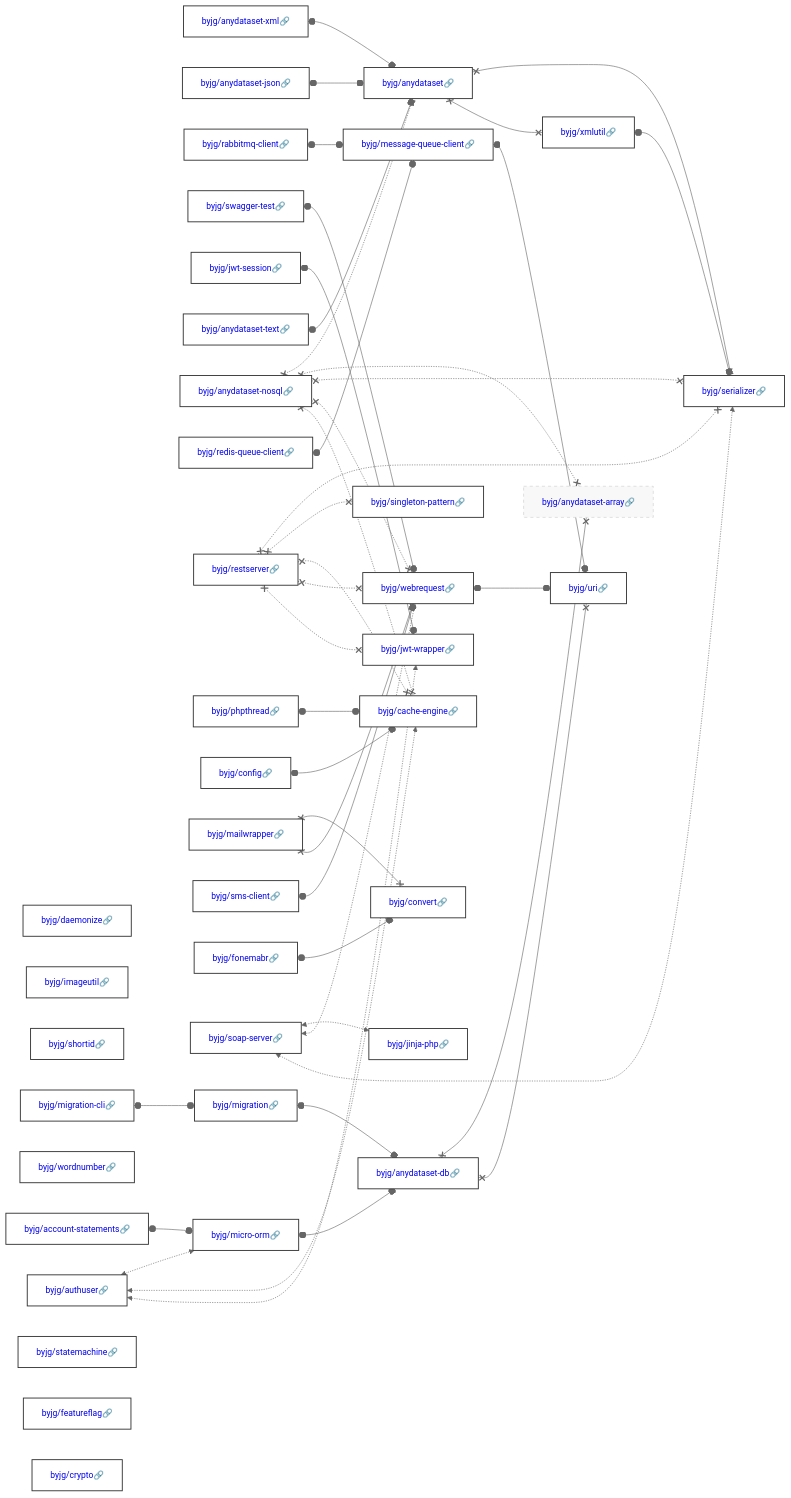
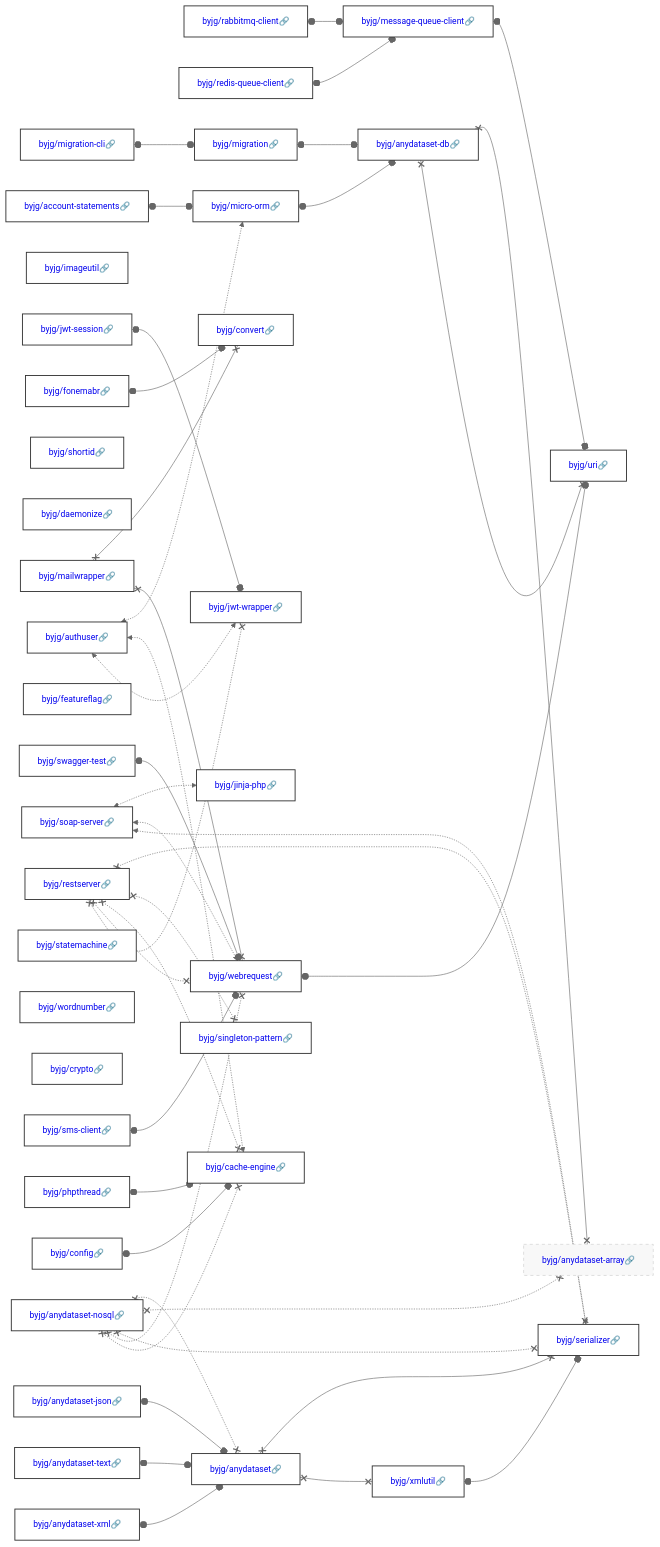
One commit to byjg/byjg.github.io changed the diagram in docs/php/README.md. Above: the diagram before and after it, drawn with Mermaid (neutral theme). The commit also changed other lines of this file and 2 other files, not shown here.

Commit message:
Update documentation 'php' 'php-message-queue-client'

````diff
--- a/docs/php/README.md
+++ b/docs/php/README.md
@@ -3,45 +3,45 @@
 ```mermaid
 graph LR;
+  byjg/authuser[<a href='https://opensource.byjg.com/docs/php/authuser' style='text-decoration:none'>byjg/authuser🔗</a>];
+  byjg/soap-server[<a href='https://opensource.byjg.com/docs/php/soap-server' style='text-decoration:none'>byjg/soap-server🔗</a>];
+  byjg/imageutil[<a href='https://opensource.byjg.com/docs/php/imageutil' style='text-decoration:none'>byjg/imageutil🔗</a>];
+  byjg/jwt-session[<a href='https://opensource.byjg.com/docs/php/jwt-session' style='text-decoration:none'>byjg/jwt-session🔗</a>];
+  byjg/migration-cli[<a href='https://opensource.byjg.com/docs/php/migration-cli' style='text-decoration:none'>byjg/migration-cli🔗</a>];
+  byjg/shortid[<a href='https://opensource.byjg.com/docs/php/shortid' style='text-decoration:none'>byjg/shortid🔗</a>];
+  byjg/daemonize[<a href='https://opensource.byjg.com/docs/php/daemonize' style='text-decoration:none'>byjg/daemonize🔗</a>];
+  byjg/swagger-test[<a href='https://opensource.byjg.com/docs/php/swagger-test' style='text-decoration:none'>byjg/swagger-test🔗</a>];
+  byjg/account-statements[<a href='https://opensource.byjg.com/docs/php/account-statements' style='text-decoration:none'>byjg/account-statements🔗</a>];
+  byjg/featureflag[<a href='https://opensource.byjg.com/docs/php/featureflag' style='text-decoration:none'>byjg/featureflag🔗</a>];
   byjg/anydataset-xml[<a href='https://opensource.byjg.com/docs/php/anydataset-xml' style='text-decoration:none'>byjg/anydataset-xml🔗</a>];
-  byjg/daemonize[<a href='https://opensource.byjg.com/docs/php/daemonize' style='text-decoration:none'>byjg/daemonize🔗</a>];
-  byjg/imageutil[<a href='https://opensource.byjg.com/docs/php/imageutil' style='text-decoration:none'>byjg/imageutil🔗</a>];
+  byjg/phpthread[<a href='https://opensource.byjg.com/docs/php/phpthread' style='text-decoration:none'>byjg/phpthread🔗</a>];
+  byjg/config[<a href='https://opensource.byjg.com/docs/php/config' style='text-decoration:none'>byjg/config🔗</a>];
+  byjg/statemachine[<a href='https://opensource.byjg.com/docs/php/statemachine' style='text-decoration:none'>byjg/statemachine🔗</a>];
+  byjg/wordnumber[<a href='https://opensource.byjg.com/docs/php/wordnumber' style='text-decoration:none'>byjg/wordnumber🔗</a>];
+  byjg/crypto[<a href='https://opensource.byjg.com/docs/php/crypto' style='text-decoration:none'>byjg/crypto🔗</a>];
+  byjg/rabbitmq-client[<a href='https://opensource.byjg.com/docs/php/rabbitmq-client' style='text-decoration:none'>byjg/rabbitmq-client🔗</a>];
+  byjg/anydataset-text[<a href='https://opensource.byjg.com/docs/php/anydataset-text' style='text-decoration:none'>byjg/anydataset-text🔗</a>];
+  byjg/redis-queue-client[<a href='https://opensource.byjg.com/docs/php/redis-queue-client' style='text-decoration:none'>byjg/redis-queue-client🔗</a>];
+  byjg/fonemabr[<a href='https://opensource.byjg.com/docs/php/fonemabr' style='text-decoration:none'>byjg/fonemabr🔗</a>];
+  byjg/restserver[<a href='https://opensource.byjg.com/docs/php/restserver' style='text-decoration:none'>byjg/restserver🔗</a>];
+  byjg/sms-client[<a href='https://opensource.byjg.com/docs/php/sms-client' style='text-decoration:none'>byjg/sms-client🔗</a>];
   byjg/anydataset-json[<a href='https://opensource.byjg.com/docs/php/anydataset-json' style='text-decoration:none'>byjg/anydataset-json🔗</a>];
-  byjg/rabbitmq-client[<a href='https://opensource.byjg.com/docs/php/rabbitmq-client' style='text-decoration:none'>byjg/rabbitmq-client🔗</a>];
-  byjg/swagger-test[<a href='https://opensource.byjg.com/docs/php/swagger-test' style='text-decoration:none'>byjg/swagger-test🔗</a>];
-  byjg/jwt-session[<a href='https://opensource.byjg.com/docs/php/jwt-session' style='text-decoration:none'>byjg/jwt-session🔗</a>];
-  byjg/shortid[<a href='https://opensource.byjg.com/docs/php/shortid' style='text-decoration:none'>byjg/shortid🔗</a>];
-  byjg/account-statements[<a href='https://opensource.byjg.com/docs/php/account-statements' style='text-decoration:none'>byjg/account-statements🔗</a>];
-  byjg/wordnumber[<a href='https://opensource.byjg.com/docs/php/wordnumber' style='text-decoration:none'>byjg/wordnumber🔗</a>];
-  byjg/anydataset-text[<a href='https://opensource.byjg.com/docs/php/anydataset-text' style='text-decoration:none'>byjg/anydataset-text🔗</a>];
+  byjg/mailwrapper[<a href='https://opensource.byjg.com/docs/php/mailwrapper' style='text-decoration:none'>byjg/mailwrapper🔗</a>];
   byjg/anydataset-nosql[<a href='https://opensource.byjg.com/docs/php/anydataset-nosql' style='text-decoration:none'>byjg/anydataset-nosql🔗</a>];
-  byjg/redis-queue-client[<a href='https://opensource.byjg.com/docs/php/redis-queue-client' style='text-decoration:none'>byjg/redis-queue-client🔗</a>];
-  byjg/restserver[<a href='https://opensource.byjg.com/docs/php/restserver' style='text-decoration:none'>byjg/restserver🔗</a>];
-  byjg/authuser[<a href='https://opensource.byjg.com/docs/php/authuser' style='text-decoration:none'>byjg/authuser🔗</a>];
-  byjg/phpthread[<a href='https://opensource.byjg.com/docs/php/phpthread' style='text-decoration:none'>byjg/phpthread🔗</a>];
-  byjg/migration-cli[<a href='https://opensource.byjg.com/docs/php/migration-cli' style='text-decoration:none'>byjg/migration-cli🔗</a>];
-  byjg/config[<a href='https://opensource.byjg.com/docs/php/config' style='text-decoration:none'>byjg/config🔗</a>];
-  byjg/mailwrapper[<a href='https://opensource.byjg.com/docs/php/mailwrapper' style='text-decoration:none'>byjg/mailwrapper🔗</a>];
-  byjg/statemachine[<a href='https://opensource.byjg.com/docs/php/statemachine' style='text-decoration:none'>byjg/statemachine🔗</a>];
-  byjg/sms-client[<a href='https://opensource.byjg.com/docs/php/sms-client' style='text-decoration:none'>byjg/sms-client🔗</a>];
-  byjg/fonemabr[<a href='https://opensource.byjg.com/docs/php/fonemabr' style='text-decoration:none'>byjg/fonemabr🔗</a>];
-  byjg/soap-server[<a href='https://opensource.byjg.com/docs/php/soap-server' style='text-decoration:none'>byjg/soap-server🔗</a>];
-  byjg/featureflag[<a href='https://opensource.byjg.com/docs/php/featureflag' style='text-decoration:none'>byjg/featureflag🔗</a>];
-  byjg/crypto[<a href='https://opensource.byjg.com/docs/php/crypto' style='text-decoration:none'>byjg/crypto🔗</a>];
-  byjg/anydataset[<a href='https://opensource.byjg.com/docs/php/anydataset' style='text-decoration:none'>byjg/anydataset🔗</a>];
+  byjg/jinja-php[<a href='https://opensource.byjg.com/docs/php/jinja-php' style='text-decoration:none'>byjg/jinja-php🔗</a>];
+  byjg/migration[<a href='https://opensource.byjg.com/docs/php/migration' style='text-decoration:none'>byjg/migration🔗</a>];
+  byjg/micro-orm[<a href='https://opensource.byjg.com/docs/php/micro-orm' style='text-decoration:none'>byjg/micro-orm🔗</a>];
   byjg/message-queue-client[<a href='https://opensource.byjg.com/docs/php/message-queue-client' style='text-decoration:none'>byjg/message-queue-client🔗</a>];
   byjg/singleton-pattern[<a href='https://opensource.byjg.com/docs/php/singleton-pattern' style='text-decoration:none'>byjg/singleton-pattern🔗</a>];
-  byjg/micro-orm[<a href='https://opensource.byjg.com/docs/php/micro-orm' style='text-decoration:none'>byjg/micro-orm🔗</a>];
   byjg/jwt-wrapper[<a href='https://opensource.byjg.com/docs/php/jwt-wrapper' style='text-decoration:none'>byjg/jwt-wrapper🔗</a>];
-  byjg/migration[<a href='https://opensource.byjg.com/docs/php/migration' style='text-decoration:none'>byjg/migration🔗</a>];
+  byjg/convert[<a href='https://opensource.byjg.com/docs/php/convert' style='text-decoration:none'>byjg/convert🔗</a>];
+  byjg/anydataset[<a href='https://opensource.byjg.com/docs/php/anydataset' style='text-decoration:none'>byjg/anydataset🔗</a>];
+  byjg/webrequest[<a href='https://opensource.byjg.com/docs/php/webrequest' style='text-decoration:none'>byjg/webrequest🔗</a>];
   byjg/cache-engine[<a href='https://opensource.byjg.com/docs/php/cache-engine' style='text-decoration:none'>byjg/cache-engine🔗</a>];
-  byjg/convert[<a href='https://opensource.byjg.com/docs/php/convert' style='text-decoration:none'>byjg/convert🔗</a>];
-  byjg/jinja-php[<a href='https://opensource.byjg.com/docs/php/jinja-php' style='text-decoration:none'>byjg/jinja-php🔗</a>];
-  byjg/webrequest[<a href='https://opensource.byjg.com/docs/php/webrequest' style='text-decoration:none'>byjg/webrequest🔗</a>];
+  byjg/anydataset-db[<a href='https://opensource.byjg.com/docs/php/anydataset-db' style='text-decoration:none'>byjg/anydataset-db🔗</a>];
   byjg/xmlutil[<a href='https://opensource.byjg.com/docs/php/xmlutil' style='text-decoration:none'>byjg/xmlutil🔗</a>];
-  byjg/anydataset-db[<a href='https://opensource.byjg.com/docs/php/anydataset-db' style='text-decoration:none'>byjg/anydataset-db🔗</a>];
-  byjg/serializer[<a href='https://opensource.byjg.com/docs/php/serializer' style='text-decoration:none'>byjg/serializer🔗</a>];
   byjg/anydataset-array[<a href='https://opensource.byjg.com/docs/php/anydataset-array' style='text-decoration:none'>byjg/anydataset-array🔗</a>];
   byjg/uri[<a href='https://opensource.byjg.com/docs/php/uri' style='text-decoration:none'>byjg/uri🔗</a>];
+  byjg/serializer[<a href='https://opensource.byjg.com/docs/php/serializer' style='text-decoration:none'>byjg/serializer🔗</a>];
   byjg/mailwrapper x--x byjg/convert;
   byjg/mailwrapper x--x byjg/webrequest;
   byjg/xmlutil o--o byjg/serializer;
````
